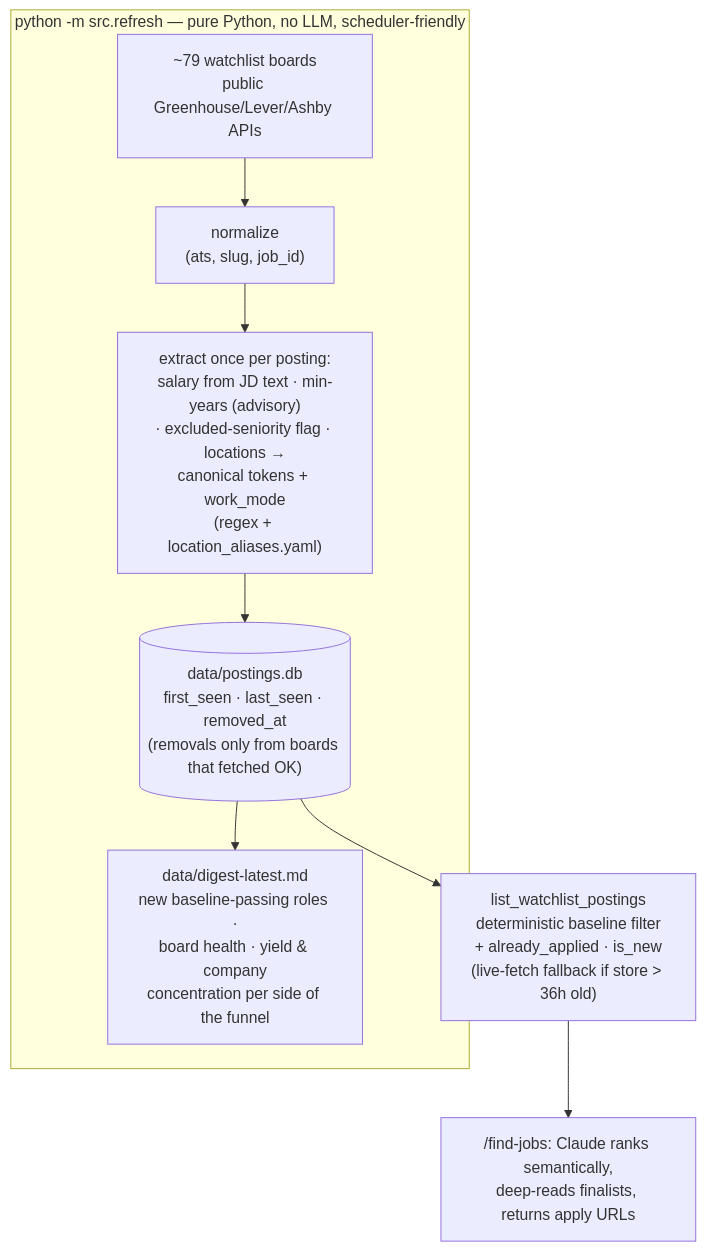
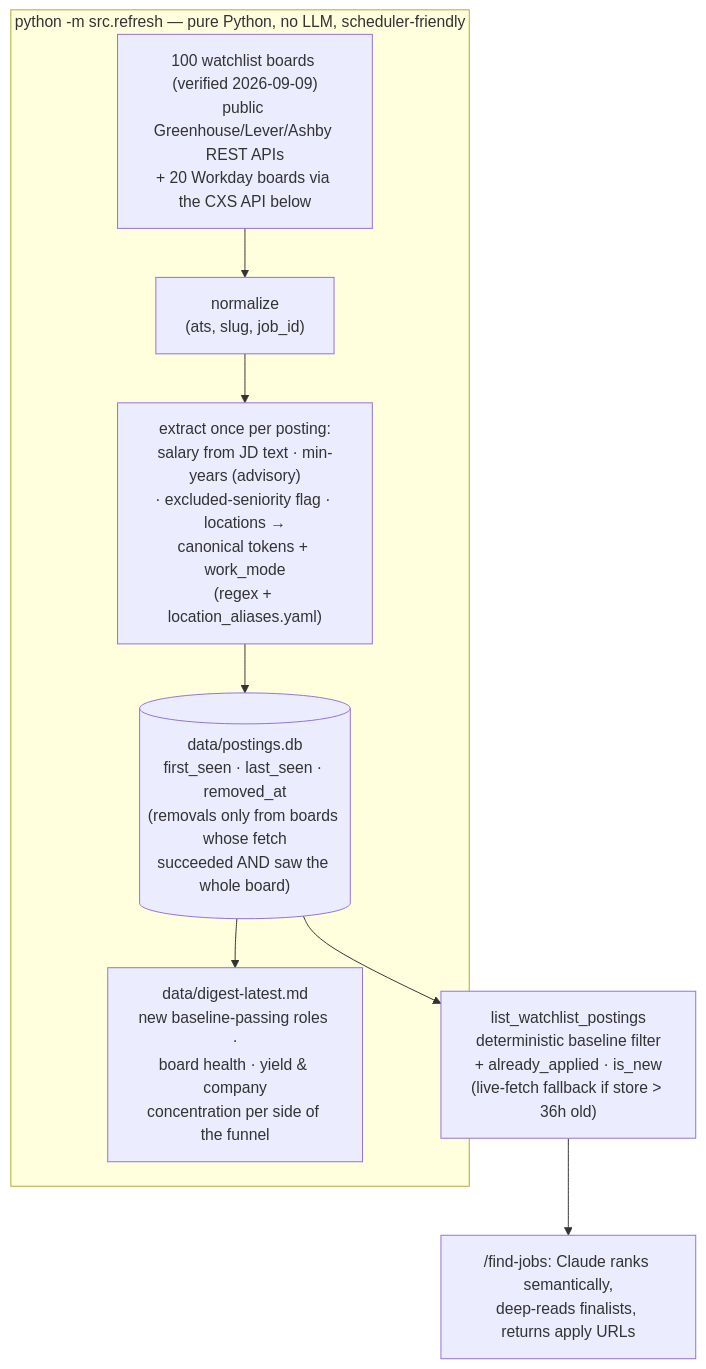
The second of 13 diagrams in README.md (sbhaskaran0/job-applier), drawn with Mermaid before and after one commit. The commit also changed other lines of this file and 5 other files, not shown here.

````diff
--- a/README.md
+++ b/README.md
@@ -104,11 +106,11 @@
 ```mermaid
 flowchart TD
     subgraph ING["python -m src.refresh — pure Python, no LLM, scheduler-friendly"]
-        B["~79 watchlist boards<br/>public Greenhouse/Lever/Ashby APIs"] --> N["normalize<br/>(ats, slug, job_id)"]
+        B["100 watchlist boards (verified 2026-09-09)<br/>public Greenhouse/Lever/Ashby REST APIs<br/>+ 20 Workday boards via the CXS API below"] --> N["normalize<br/>(ats, slug, job_id)"]
         N --> X["extract once per posting:<br/>salary from JD text · min-years (advisory)<br/>· excluded-seniority flag · locations →<br/>canonical tokens + work_mode<br/>(regex + location_aliases.yaml)"]
-        X --> DB[("data/postings.db<br/>first_seen · last_seen · removed_at<br/>(removals only from boards that fetched OK)")]
+        X --> DB[("data/postings.db<br/>first_seen · last_seen · removed_at<br/>(removals only from boards whose fetch<br/>succeeded AND saw the whole board)")]
         DB --> DG["data/digest-latest.md<br/>new baseline-passing roles ·<br/>board health · yield & company<br/>concentration per side of the funnel"]
     end
     DB --> Q["list_watchlist_postings<br/>deterministic baseline filter<br/>+ already_applied · is_new<br/>(live-fetch fallback if store > 36h old)"]
     Q --> R["/find-jobs: Claude ranks semantically,<br/>deep-reads finalists, returns apply URLs"]
 ```
````
